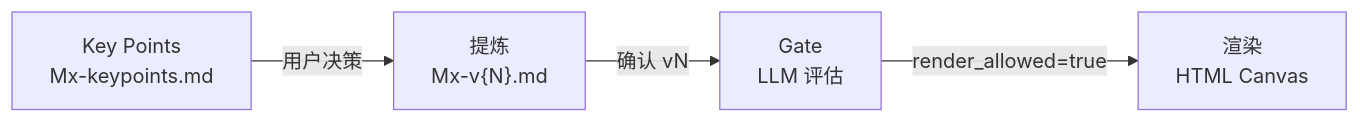
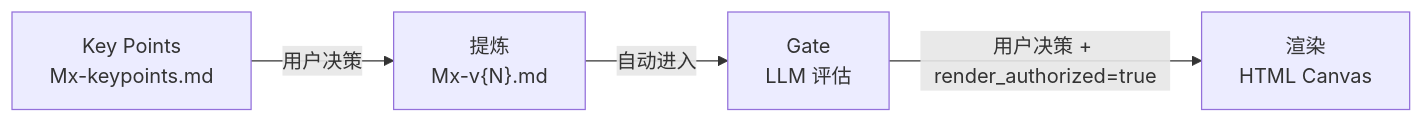
The diagram in README.md (wanghongbj321-code/pratyaya), drawn with Mermaid before and after one commit. The commit also changed other lines of this file and 7 other files, not shown here.

````diff
--- a/README.md
+++ b/README.md
@@ -9,10 +9,10 @@
 ```mermaid
 flowchart LR
     A["Key Points<br/>Mx-keypoints.md"]
     B["提炼<br/>Mx-v{N}.md"]
     C["Gate<br/>LLM 评估"]
     D["渲染<br/>HTML Canvas"]
     A -->|用户决策| B
-    B -->|确认 vN| C
-    C -->|render_allowed=true| D
+    B -->|自动进入| C
+    C -->|用户决策 + render_authorized=true| D
 ```
````
